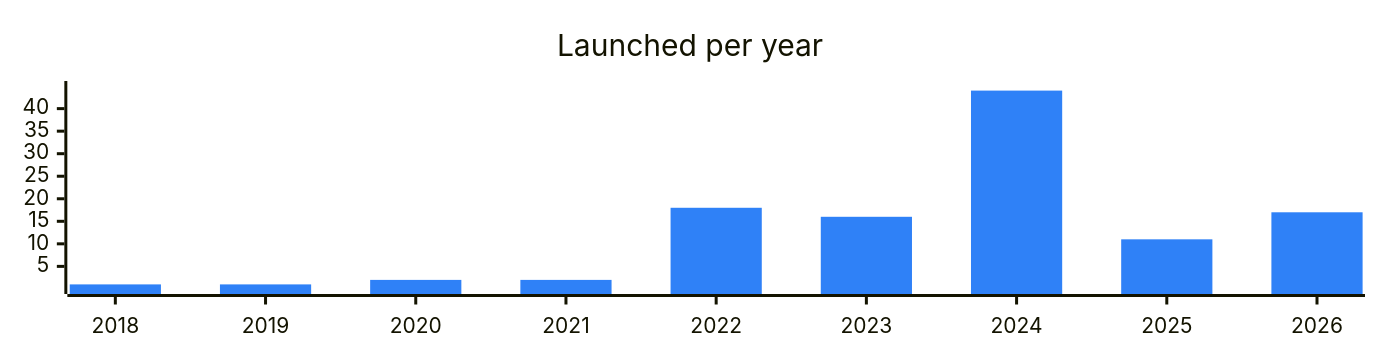
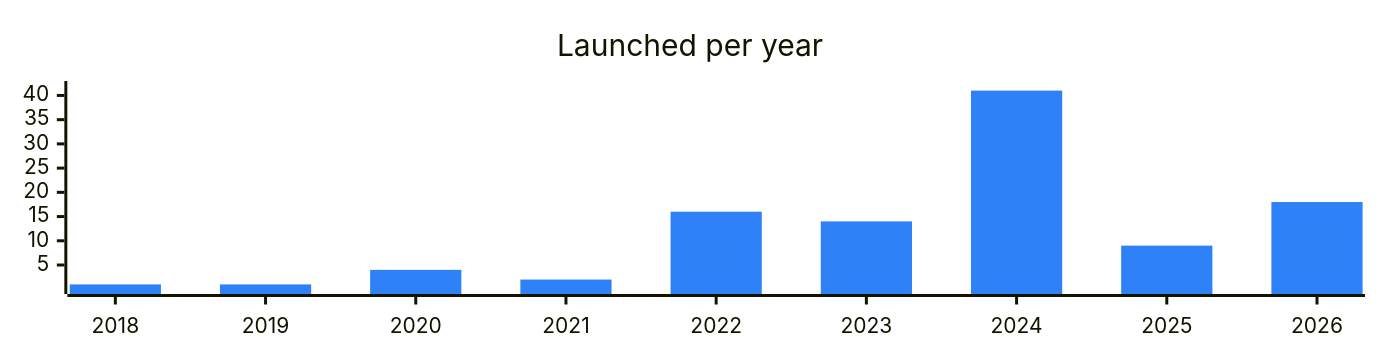
Before and after one commit to vitalikgpt/gram-ecosystem: the diagram in categories/wallets.md, drawn with Mermaid. The commit also changed other lines of this file and 69 other files, not shown here.

````diff
--- a/categories/wallets.md
+++ b/categories/wallets.md
@@ -7,7 +7,7 @@
 ```mermaid
 %%{init: {"xyChart": {"width": 900, "height": 220}, "themeVariables": {"xyChart": {"plotColorPalette": "#2f81f7"}}}}%%
 xychart-beta
   title "Launched per year"
   x-axis ["2018", "2019", "2020", "2021", "2022", "2023", "2024", "2025", "2026"]
-  bar [1, 1, 2, 2, 18, 16, 44, 11, 17]
+  bar [1, 1, 4, 2, 16, 14, 41, 9, 18]
 ```
````
